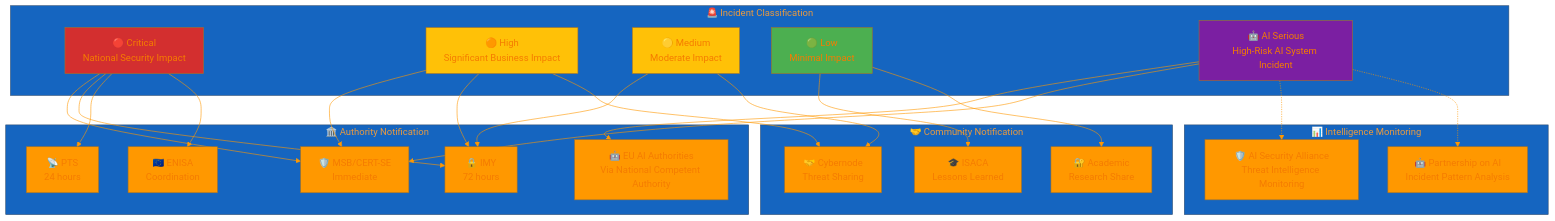
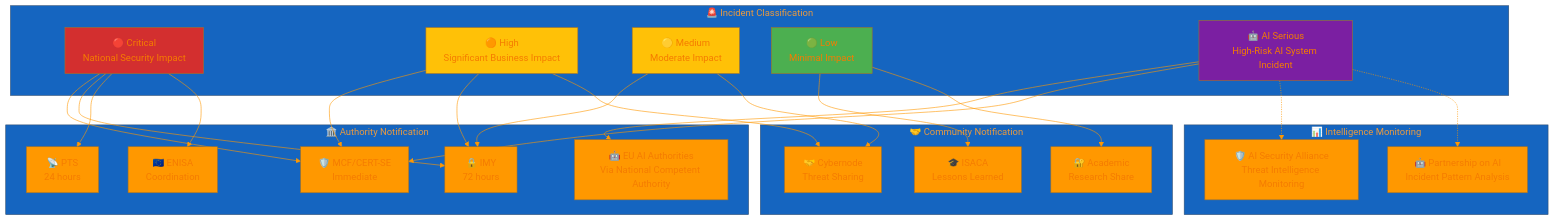
One commit to Hack23/ISMS-PUBLIC changed the third of 4 diagrams in External_Stakeholder_Registry.md. Above: the diagram before and after it, drawn with Mermaid. The commit also changed other lines of this file and 35 other files, not shown here.

````diff
--- a/External_Stakeholder_Registry.md
+++ b/External_Stakeholder_Registry.md
@@ -471,67 +471,67 @@
 ```mermaid
 %%{
   init: {
     'theme': 'base',
     'themeVariables': {
       'primaryColor': '#FF9800',
       'primaryTextColor': '#F57C00',
       'lineColor': '#ff9800',
       'secondaryColor': '#4CAF50',
       'tertiaryColor': '#1565C0'
     }
   }
 }%%
 flowchart TD
     subgraph INCIDENT["🚨 Incident Classification"]
         CRITICAL[🔴 Critical<br/>National Security Impact]
         HIGH[🟠 High<br/>Significant Business Impact]
         MEDIUM[🟡 Medium<br/>Moderate Impact]
         LOW[🟢 Low<br/>Minimal Impact]
         AI_SERIOUS[🤖 AI Serious<br/>High-Risk AI System Incident]
     end
     
     subgraph AUTHORITIES["🏛️ Authority Notification"]
-        MSB_CERT[🛡️ MSB/CERT-SE<br/>Immediate]
+        MCF_CERT[🛡️ MCF/CERT-SE<br/>Immediate]
         IMY_GDPR[🔒 IMY<br/>72 hours]
         PTS_NIS[📡 PTS<br/>24 hours]
         ENISA[🇪🇺 ENISA<br/>Coordination]
         EU_AI_AUTH[🤖 EU AI Authorities<br/>Via National Competent Authority]
     end
     
     subgraph COMMUNITY["🤝 Community Notification"]
         CYBERNODE_ALERT[🤝 Cybernode<br/>Threat Sharing]
         ISACA_REPORT[🎓 ISACA<br/>Lessons Learned]
         ACADEMIC[🔐 Academic<br/>Research Share]
     end
     
     subgraph MONITORING["📊 Intelligence Monitoring"]
         AI_SEC_MONITOR[🛡️ AI Security Alliance<br/>Threat Intelligence Monitoring]
         PAI_MONITOR[🤖 Partnership on AI<br/>Incident Pattern Analysis]
     end
     
-    CRITICAL --> MSB_CERT
+    CRITICAL --> MCF_CERT
     CRITICAL --> IMY_GDPR
     CRITICAL --> PTS_NIS
     CRITICAL --> ENISA
     
-    HIGH --> MSB_CERT
+    HIGH --> MCF_CERT
     HIGH --> IMY_GDPR
     HIGH --> CYBERNODE_ALERT
     
     MEDIUM --> IMY_GDPR
     MEDIUM --> CYBERNODE_ALERT
     
     LOW --> ISACA_REPORT
     LOW --> ACADEMIC
     
     AI_SERIOUS --> EU_AI_AUTH
-    AI_SERIOUS --> MSB_CERT
+    AI_SERIOUS --> MCF_CERT
     AI_SERIOUS -.-> AI_SEC_MONITOR
     AI_SERIOUS -.-> PAI_MONITOR
     
     style CRITICAL fill:#D32F2F
     style HIGH fill:#FFC107
     style AI_SERIOUS fill:#7B1FA2
     style MEDIUM fill:#FFC107
     style LOW fill:#4CAF50
 ```
````
